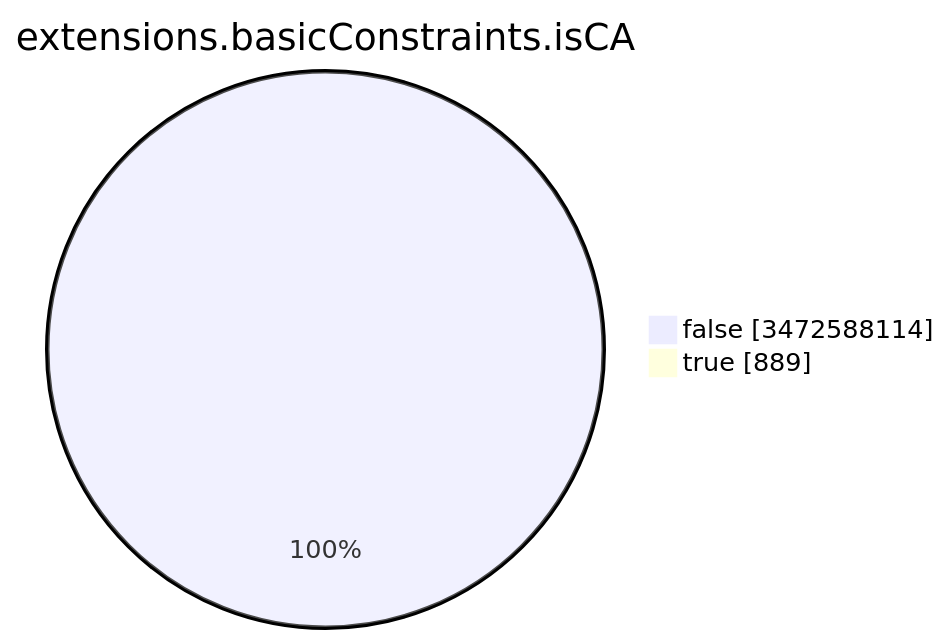
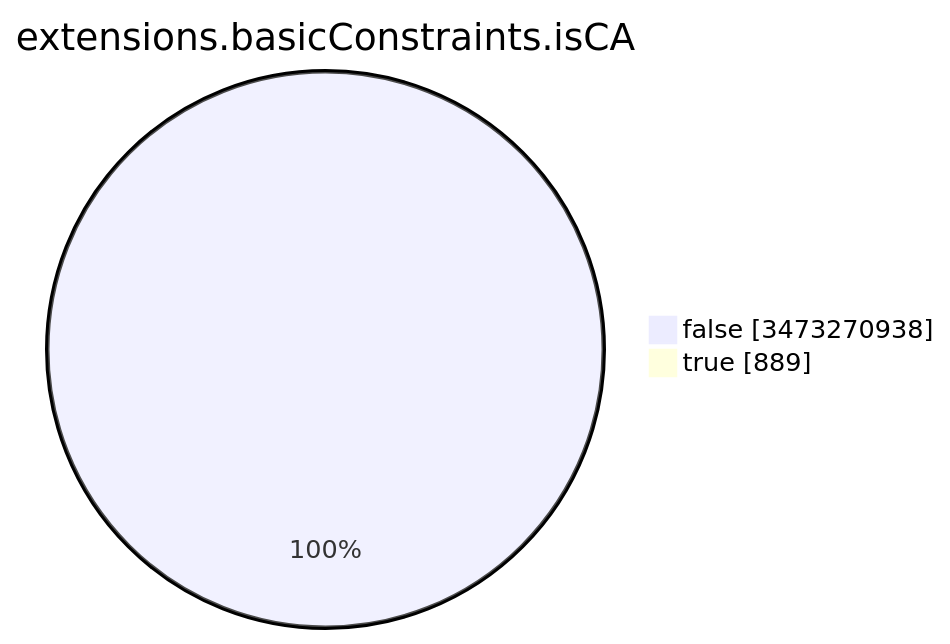
One commit to christiankrug/ctmonitor_visualization changed the seventh of 15 diagrams in TOTAL/README.md. Above: the diagram before and after it, drawn with Mermaid. The commit also changed other lines of this file, not shown here.

````diff
--- a/TOTAL/README.md
+++ b/TOTAL/README.md
@@ -3093,6 +3093,6 @@
 ```mermaid
 pie showData
 title extensions.basicConstraints.isCA
-"false" :3472588114
+"false" :3473270938
 "true" :889
 ```
````
